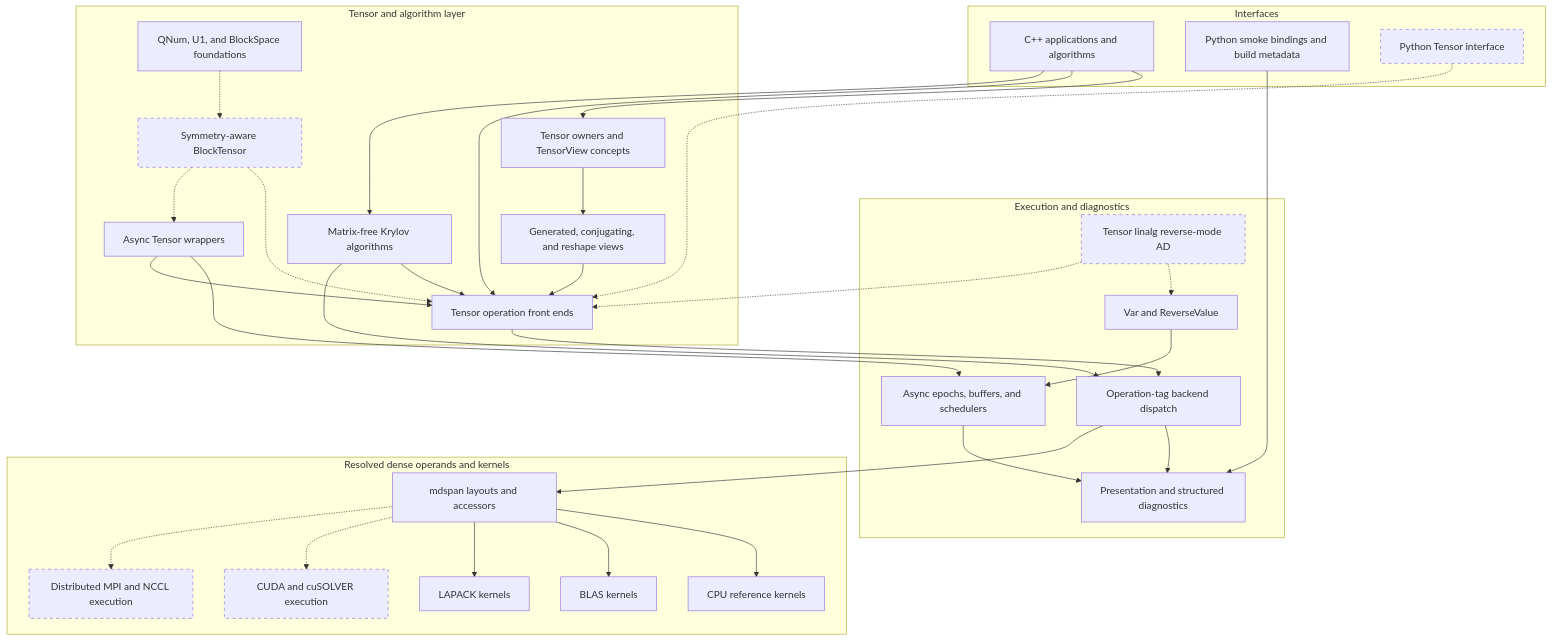
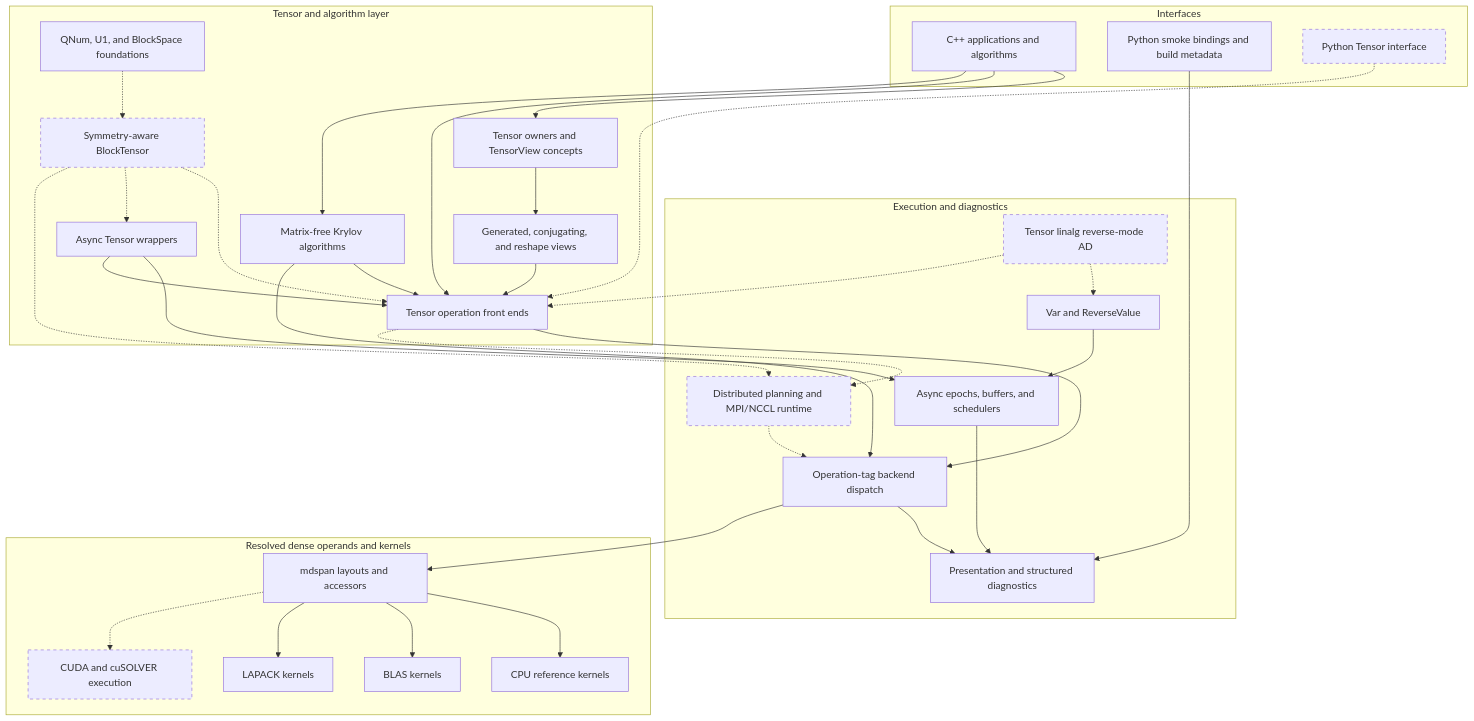
One commit to ianmccul/uni20 changed the diagram in docs/architecture/overview.md. Above: the diagram before and after it, drawn with Mermaid. The commit also changed other lines of this file and 14 other files, not shown here.

Commit message:
Synchronize kernel dispatch architecture docs

````diff
--- a/docs/architecture/overview.md
+++ b/docs/architecture/overview.md
@@ -9,72 +9,74 @@
 ```mermaid
 graph TD
     subgraph Interfaces
         Cpp[C++ applications and algorithms]
         PySmoke[Python smoke bindings and build metadata]
         PyTensor[Python Tensor interface]
     end
 
     subgraph TensorLayer[Tensor and algorithm layer]
         Tensor[Tensor owners and TensorView concepts]
         Views[Generated, conjugating, and reshape views]
         TensorOps[Tensor operation front ends]
         AsyncOps[Async Tensor wrappers]
         Krylov[Matrix-free Krylov algorithms]
         Symmetry[QNum, U1, and BlockSpace foundations]
         BlockTensor[Symmetry-aware BlockTensor]
     end
 
     subgraph Execution[Execution and diagnostics]
         Dispatch[Operation-tag backend dispatch]
         Async[Async epochs, buffers, and schedulers]
         AD[Var and ReverseValue]
         TensorAD[Tensor linalg reverse-mode AD]
+        Distributed[Distributed planning and MPI/NCCL runtime]
         Presentation[Presentation and structured diagnostics]
     end
 
     subgraph Leaf[Resolved dense operands and kernels]
         Mdspan[mdspan layouts and accessors]
         Cpu[CPU reference kernels]
         Blas[BLAS kernels]
         Lapack[LAPACK kernels]
         Cuda[CUDA and cuSOLVER execution]
-        MPI[Distributed MPI and NCCL execution]
     end
 
     Cpp --> Tensor
     Cpp --> TensorOps
     Cpp --> Krylov
     PySmoke --> Presentation
     PyTensor -.-> TensorOps
 
     Tensor --> Views
     Views --> TensorOps
     TensorOps --> Dispatch
+    TensorOps -.-> Distributed
     Krylov --> TensorOps
     Krylov --> Dispatch
 
     AsyncOps --> Async
     AsyncOps --> TensorOps
     Async --> Presentation
     Dispatch --> Presentation
     AD --> Async
     TensorAD -.-> AD
     TensorAD -.-> TensorOps
 
     Dispatch --> Mdspan
     Mdspan --> Cpu
     Mdspan --> Blas
     Mdspan --> Lapack
     Mdspan -.-> Cuda
-    Mdspan -.-> MPI
+    Distributed -.-> Dispatch
 
     Symmetry -.-> BlockTensor
     BlockTensor -.-> TensorOps
     BlockTensor -.-> AsyncOps
+    BlockTensor -.-> Distributed
 
     style PyTensor stroke-dasharray: 5 5
     style TensorAD stroke-dasharray: 5 5
     style BlockTensor stroke-dasharray: 5 5
     style Cuda stroke-dasharray: 5 5
-    style MPI stroke-dasharray: 5 5
+    style Distributed stroke-dasharray: 5 5
 ```
````
